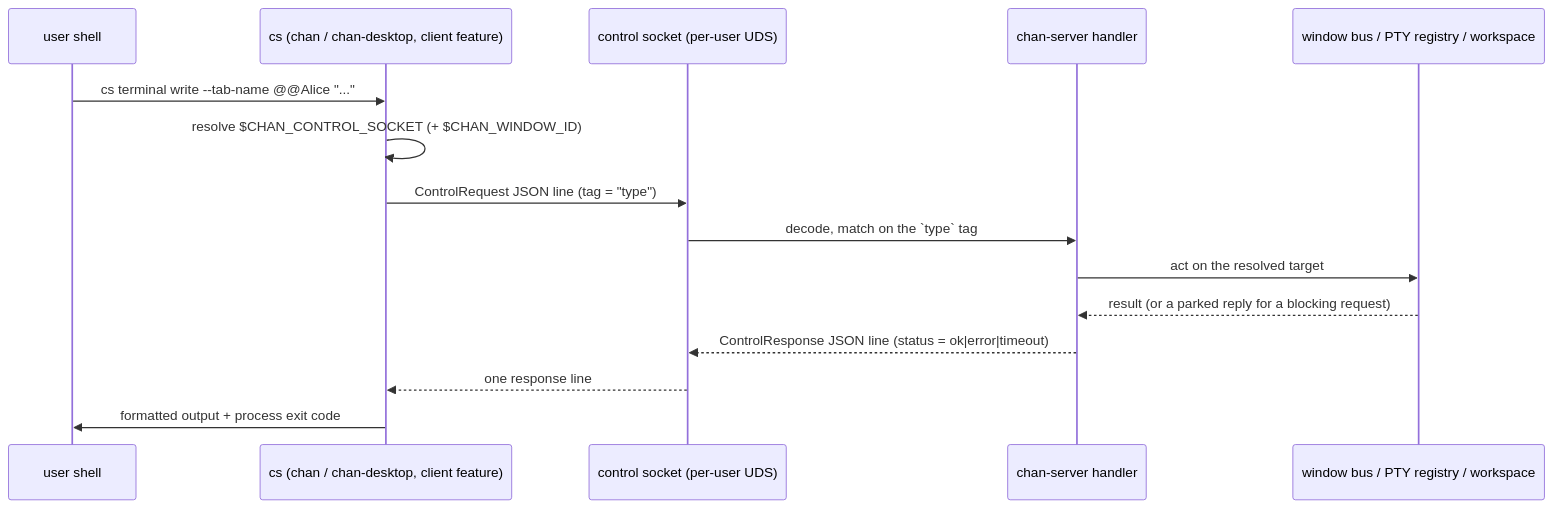
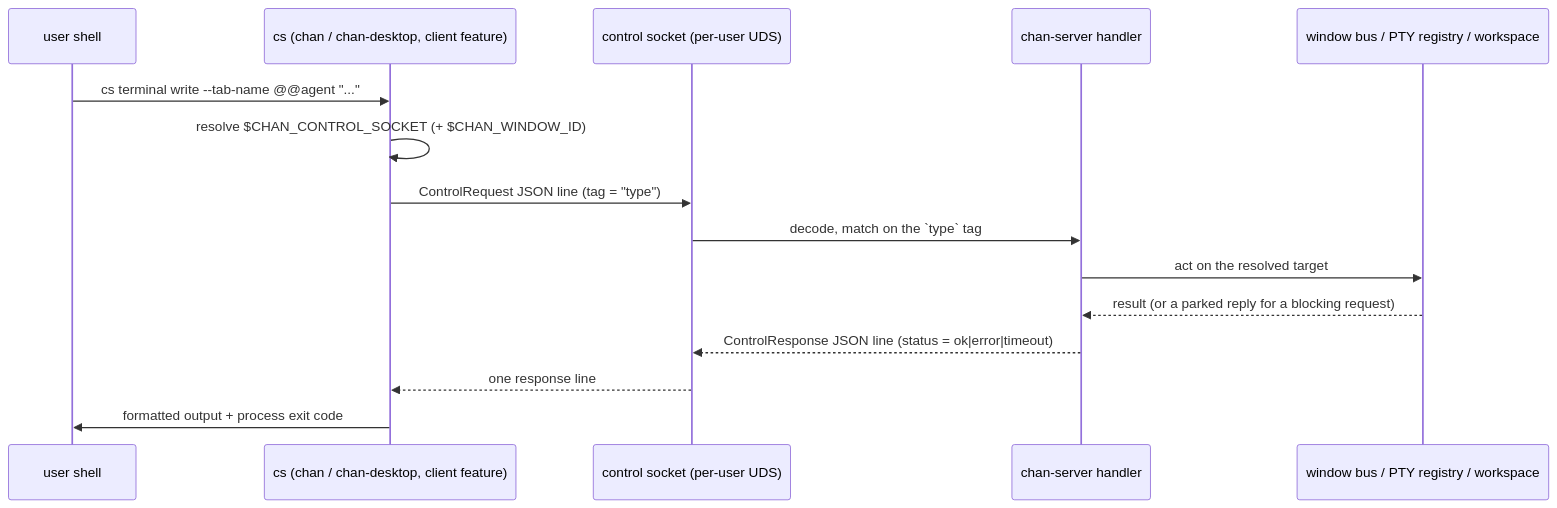
One commit to likewhatevs/chan changed the first of 2 diagrams in crates/chan-shell/design.md. Above: the diagram before and after it, drawn with Mermaid. The commit also changed 5 other files, not shown here.

````diff
--- a/crates/chan-shell/design.md
+++ b/crates/chan-shell/design.md
@@ -28,17 +28,17 @@
 ```mermaid
 sequenceDiagram
   participant U as user shell
   participant CS as cs (chan / chan-desktop, client feature)
   participant SOCK as control socket (per-user UDS)
   participant SRV as chan-server handler
   participant T as window bus / PTY registry / workspace
-  U->>CS: cs terminal write --tab-name @@Alice "..."
+  U->>CS: cs terminal write --tab-name @@agent "..."
   CS->>CS: resolve $CHAN_CONTROL_SOCKET (+ $CHAN_WINDOW_ID)
   CS->>SOCK: ControlRequest JSON line (tag = "type")
   SOCK->>SRV: decode, match on the `type` tag
   SRV->>T: act on the resolved target
   T-->>SRV: result (or a parked reply for a blocking request)
   SRV-->>SOCK: ControlResponse JSON line (status = ok|error|timeout)
   SOCK-->>CS: one response line
   CS->>U: formatted output + process exit code
 ```
````
